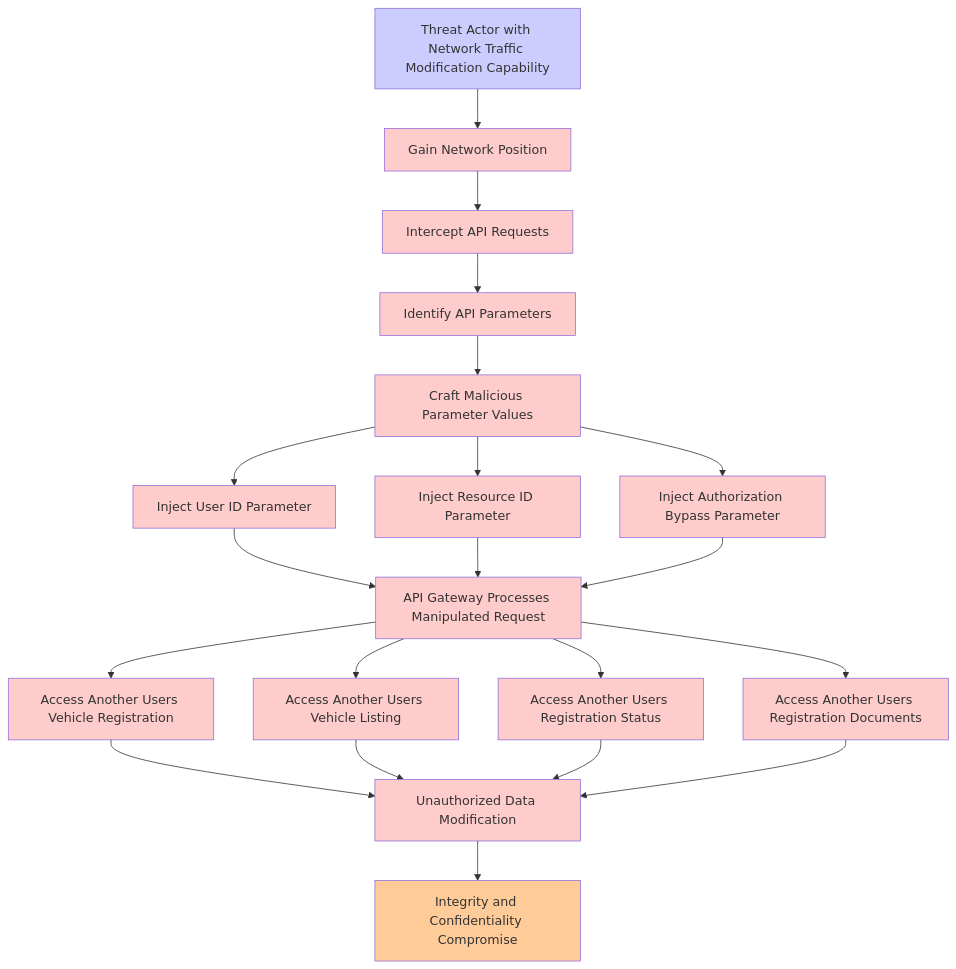
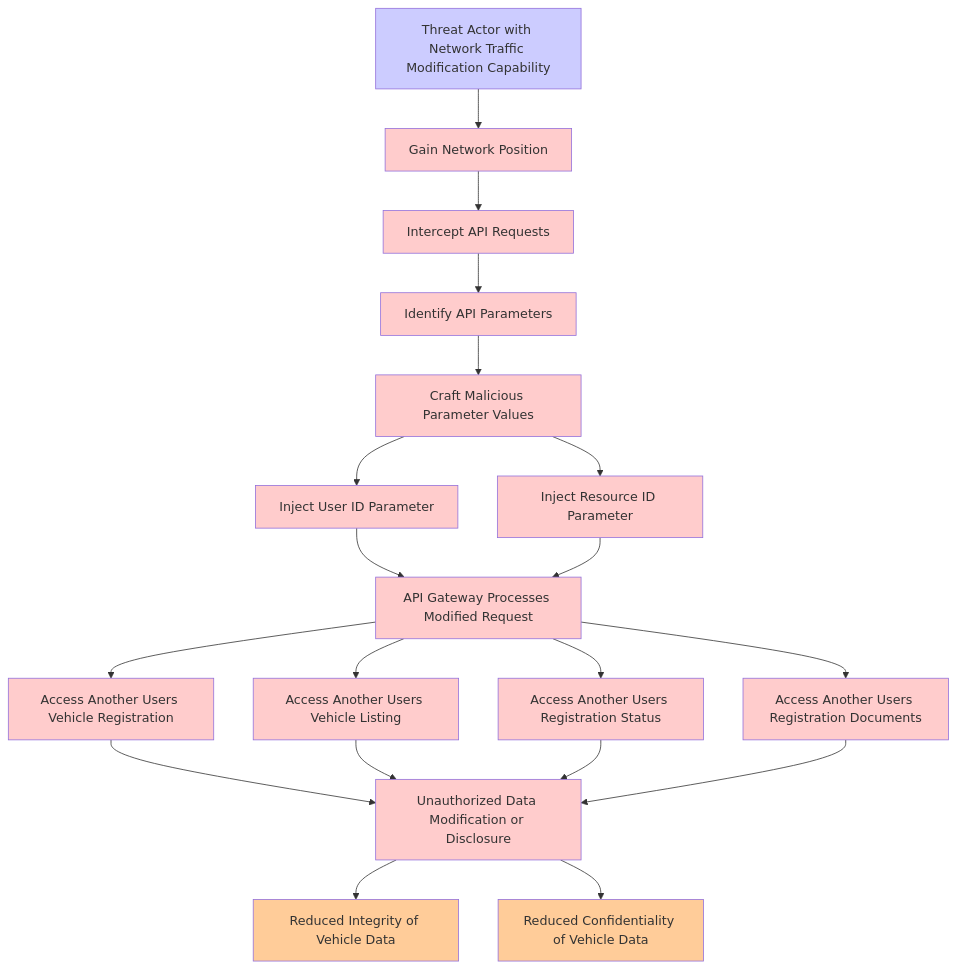
The diagram in sample-applications/vehicle-platform/threatforest/attack_trees/attack_tree_c5ac485c-a985-4004-be21-1fb26173a2d3_injection.md (aws-samples/sample-agentic-attack-tree-generator), drawn with Mermaid before and after one commit. The commit also changed other lines of this file and 310 other files, not shown here.

````diff
--- a/sample-applications/vehicle-platform/threatforest/attack_trees/attack_tree_c5ac485c-a985-4004-be21-1fb26173a2d3_injection.md
+++ b/sample-applications/vehicle-platform/threatforest/attack_trees/attack_tree_c5ac485c-a985-4004-be21-1fb26173a2d3_injection.md
@@ -8,29 +8,28 @@
 ```mermaid
 graph TD
     A["Threat Actor with Network Traffic Modification Capability"] --> B["Gain Network Position"]
     B --> C["Intercept API Requests"]
     C --> D["Identify API Parameters"]
     D --> E["Craft Malicious Parameter Values"]
     E --> F["Inject User ID Parameter"]
     E --> G["Inject Resource ID Parameter"]
-    E --> H["Inject Authorization Bypass Parameter"]
-    F --> I["API Gateway Processes Manipulated Request"]
-    G --> I
-    H --> I
-    I --> J["Access Another Users Vehicle Registration"]
-    I --> K["Access Another Users Vehicle Listing"]
-    I --> L["Access Another Users Registration Status"]
-    I --> M["Access Another Users Registration Documents"]
-    J --> N["Unauthorized Data Modification"]
-    K --> N
-    L --> N
-    M --> N
-    N --> O["Integrity and Confidentiality Compromise"]
+    F --> H["API Gateway Processes Modified Request"]
+    G --> H
+    H --> I["Access Another Users Vehicle Registration"]
+    H --> J["Access Another Users Vehicle Listing"]
+    H --> K["Access Another Users Registration Status"]
+    H --> L["Access Another Users Registration Documents"]
+    I --> M["Unauthorized Data Modification or Disclosure"]
+    J --> M
+    K --> M
+    L --> M
+    M --> N["Reduced Integrity of Vehicle Data"]
+    M --> O["Reduced Confidentiality of Vehicle Data"]
     classDef fact fill:#ccccff
     classDef attack fill:#ffcccc
     classDef goal fill:#ffcc99
     class A fact
-    class B,C,D,E,F,G,H,I,J,K,L,M,N attack
-    class O goal
+    class B,C,D,E,F,G,H,I,J,K,L,M attack
+    class N,O goal
     classDef mitigation fill:#ccffcc
 ```
````
